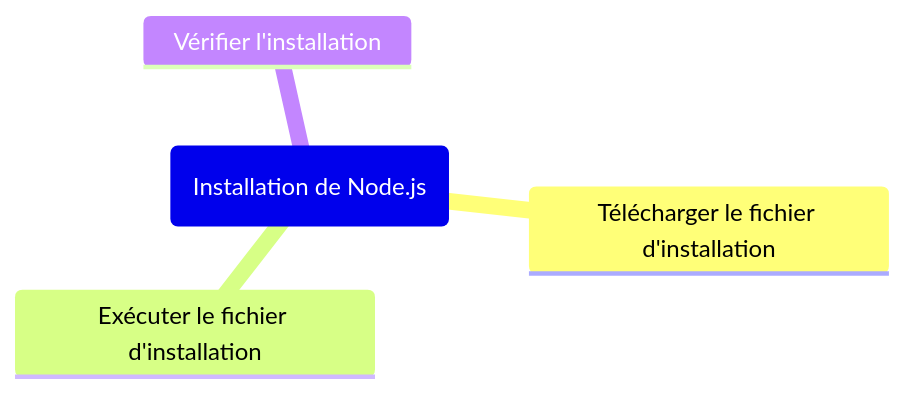
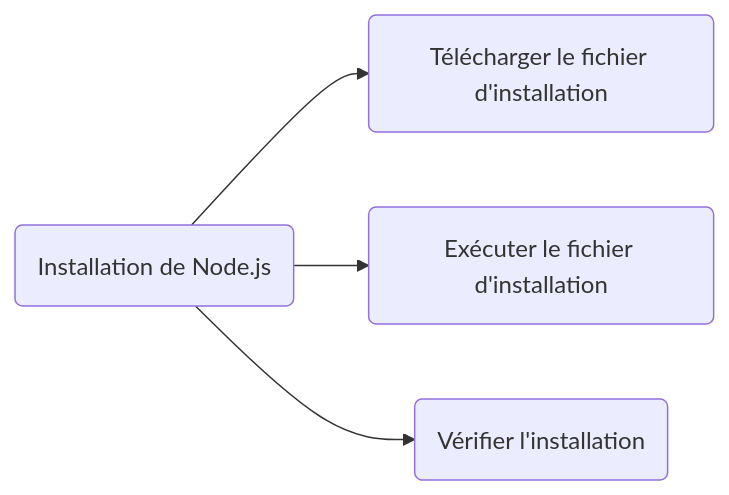
The diagram in docs/pkg_introduction/2.1.Installation des outils.md (labs-web/nodejs), drawn with Mermaid before and after one commit. The commit also changed 14 other files, not shown here.

```diff
--- a/docs/pkg_introduction/2.1.Installation des outils.md
+++ b/docs/pkg_introduction/2.1.Installation des outils.md
@@ -17,7 +17,7 @@
-<div class="mermaid">
-mindmap
-(Installation de Node.js) 
-    Télécharger le fichier d'installation
-    Exécuter le fichier d'installation
-    Vérifier l'installation
+<div class="mermaid" style="width:75%">
+flowchart LR
+1(Installation de Node.js) 
+1-->2(Télécharger le fichier d'installation)
+1-->3(Exécuter le fichier d'installation)
+1-->4(Vérifier l'installation)
 </div>
```
